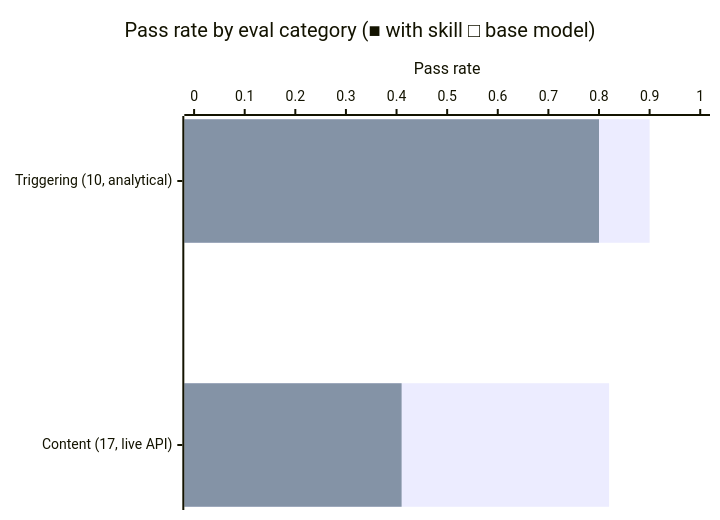
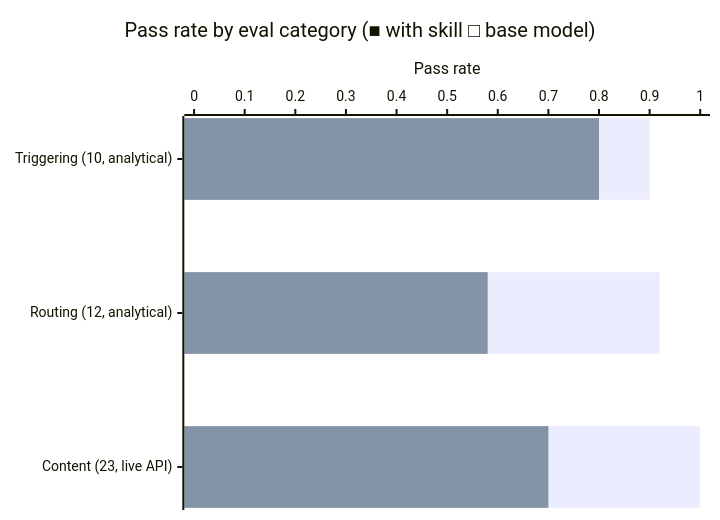
Before and after one commit to JacobElder/jakes-skills: the diagram in comp-modeling/README.md, drawn with Mermaid. The commit also changed other lines of this file and 216 other files, not shown here.

````diff
--- a/comp-modeling/README.md
+++ b/comp-modeling/README.md
@@ -108,8 +108,8 @@
 ```mermaid
 xychart-beta horizontal
     title "Pass rate by eval category (■ with skill  □ base model)"
-    x-axis ["Triggering (10, analytical)", "Content (17, live API)"]
+    x-axis ["Triggering (10, analytical)", "Routing (12, analytical)", "Content (23, live API)"]
     y-axis "Pass rate" 0 --> 1
-    bar [0.90, 0.82]
-    bar [0.80, 0.41]
+    bar [0.90, 0.92, 1.00]
+    bar [0.80, 0.58, 0.70]
 ```
````
